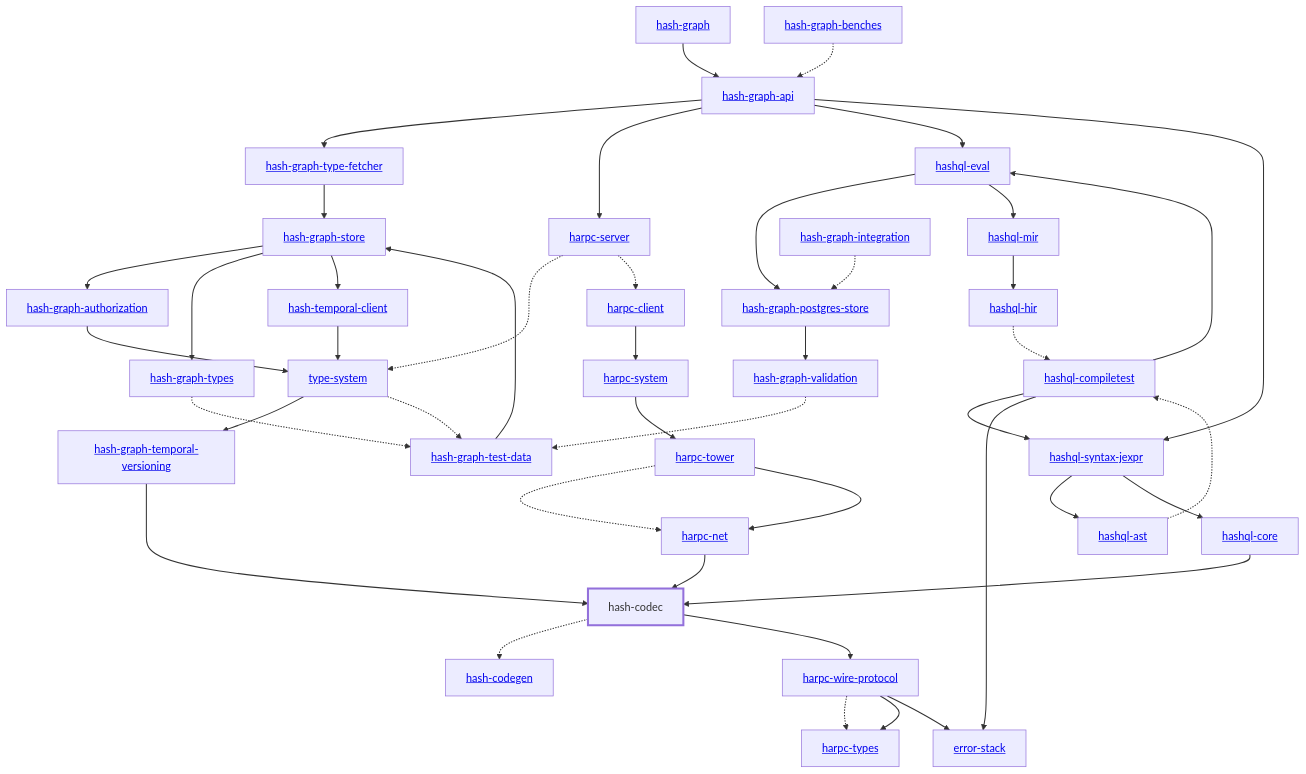
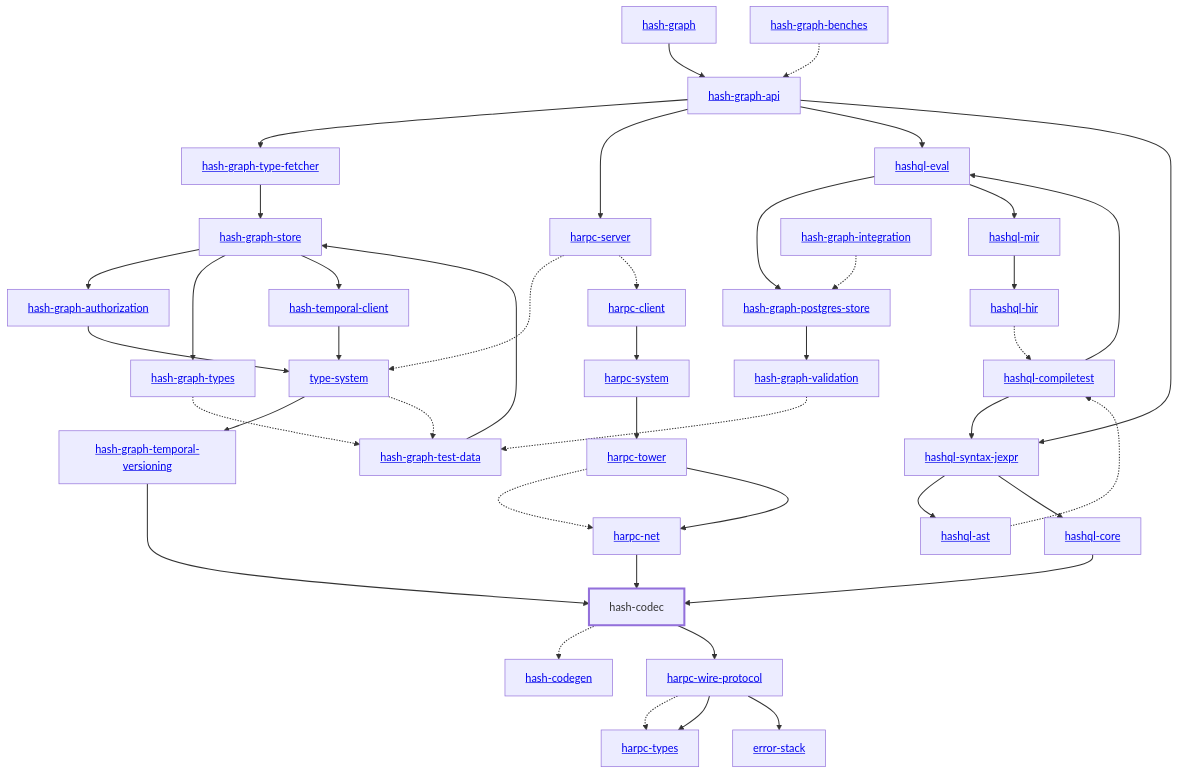
One commit to hashintel/hash changed the diagram in libs/@local/codec/docs/dependency-diagram.mmd. Above: the diagram before and after it, drawn with Mermaid. The commit also changed 136 other files, not shown here.

```diff
--- a/libs/@local/codec/docs/dependency-diagram.mmd
+++ b/libs/@local/codec/docs/dependency-diagram.mmd
@@ -1,85 +1,84 @@
 graph TD
     linkStyle default stroke-width:1.5px
     classDef default stroke-width:1px
     classDef root stroke-width:3px
     classDef dev stroke-width:1px
     classDef build stroke-width:1px
     %% Legend
     %% --> : Normal dependency
     %% -.-> : Dev dependency
     %% ---> : Build dependency
     0[<a href="../hash_graph/index.html">hash-graph</a>]
     1[<a href="../type_system/index.html">type-system</a>]
     2[hash-codec]
     class 2 root
     3[<a href="../hash_codegen/index.html">hash-codegen</a>]
     4[<a href="../hash_graph_api/index.html">hash-graph-api</a>]
     5[<a href="../hash_graph_authorization/index.html">hash-graph-authorization</a>]
     6[<a href="../hash_graph_postgres_store/index.html">hash-graph-postgres-store</a>]
     7[<a href="../hash_graph_store/index.html">hash-graph-store</a>]
     8[<a href="../hash_graph_temporal_versioning/index.html">hash-graph-temporal-versioning</a>]
     9[<a href="../hash_graph_type_fetcher/index.html">hash-graph-type-fetcher</a>]
     10[<a href="../hash_graph_types/index.html">hash-graph-types</a>]
     11[<a href="../hash_graph_validation/index.html">hash-graph-validation</a>]
     12[<a href="../harpc_client/index.html">harpc-client</a>]
     13[<a href="../harpc_net/index.html">harpc-net</a>]
     14[<a href="../harpc_server/index.html">harpc-server</a>]
     15[<a href="../harpc_system/index.html">harpc-system</a>]
     16[<a href="../harpc_tower/index.html">harpc-tower</a>]
     17[<a href="../harpc_types/index.html">harpc-types</a>]
     18[<a href="../harpc_wire_protocol/index.html">harpc-wire-protocol</a>]
     19[<a href="../hashql_ast/index.html">hashql-ast</a>]
     20[<a href="../hashql_compiletest/index.html">hashql-compiletest</a>]
     21[<a href="../hashql_core/index.html">hashql-core</a>]
     22[<a href="../hashql_eval/index.html">hashql-eval</a>]
     23[<a href="../hashql_hir/index.html">hashql-hir</a>]
     24[<a href="../hashql_mir/index.html">hashql-mir</a>]
     25[<a href="../hashql_syntax_jexpr/index.html">hashql-syntax-jexpr</a>]
     26[<a href="../hash_temporal_client/index.html">hash-temporal-client</a>]
     27[<a href="../error_stack/index.html">error-stack</a>]
     28[<a href="../hash_graph_benches/index.html">hash-graph-benches</a>]
     29[<a href="../hash_graph_integration/index.html">hash-graph-integration</a>]
     30[<a href="../hash_graph_test_data/index.html">hash-graph-test-data</a>]
     0 --> 4
     1 --> 8
     1 -.-> 30
     2 -.-> 3
     2 --> 18
     4 --> 9
     4 --> 14
     4 --> 22
     4 --> 25
     5 --> 1
     6 --> 11
     7 --> 5
     7 --> 10
     7 --> 26
     8 --> 2
     9 --> 7
     10 -.-> 30
     11 -.-> 30
     12 --> 15
     13 --> 2
     14 -.-> 1
     14 -.-> 12
     15 --> 16
     16 -.-> 13
     16 --> 13
     18 -.-> 17
     18 --> 17
     18 --> 27
     19 -.-> 20
     20 --> 22
     20 --> 25
-    20 --> 27
     21 --> 2
     22 --> 6
     22 --> 24
     23 -.-> 20
     24 --> 23
     25 --> 19
     25 --> 21
     26 --> 1
     28 -.-> 4
     29 -.-> 6
     30 --> 7
```
